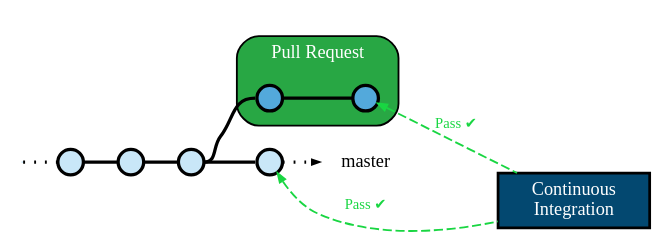
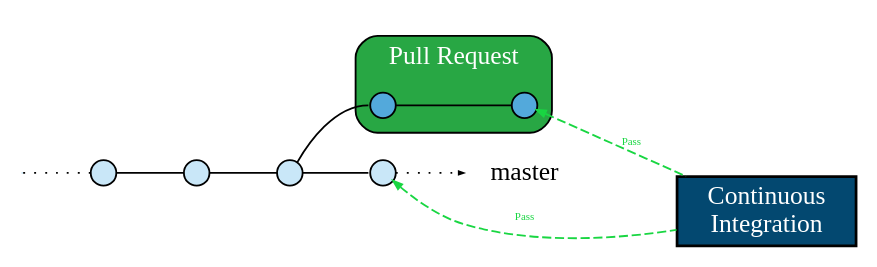
The diagram in docs/source/actions/strict-mode-new-master-pr-ci-pass.dot (Mergifyio/mergify), drawn with Graphviz before and after one commit. The commit also changed 6 other files, not shown here.

First line of the commit message:
docs(merge): clean graphs

```diff
--- a/docs/source/actions/strict-mode-new-master-pr-ci-pass.dot
+++ b/docs/source/actions/strict-mode-new-master-pr-ci-pass.dot
@@ -1,67 +1,63 @@
 strict digraph g {
     rankdir="LR";
-    nodesep=0.25;
-    ranksep=0.25;
     forcelabels=false;
     newrank=false;
-    fontname="Inconsolata Regular";
-    fontsize="10pt";
 
     // general
-    node [style=filled, color="black", fontcolor="black", fontsize="10pt", fontname="Inconsolata Regular"];
-    edge [color="black", arrowhead=none, penwidth=1.8, fontname="Inconsolata Regular"];
+    node [style=filled, color="black", fontcolor="black"];
+    edge [color="black", arrowhead=none];
 
     // graph
-    node [width=0.2, height=0.2, fixedsize=true, label="", shape=circle, penwidth=1.8, fillcolor="#FF0000"]
+    node [width=0.2, height=0.2, fixedsize=true, label="", shape=circle, fillcolor="#FF0000"]
 
 
     subgraph master {
         node [group="master", fillcolor="#C9E7F8"];
         ms;
         m0;
         m1;
         m2;
         me;
 
         ms:e -> m0:w [style=dotted, arrowhead=none];
         m0:e -> m1:w;
         m1:e -> m2:w;
         m2:e -> m2bis:w;
         m2bis:e -> me:w [style=dotted, arrowhead=normal, arrowsize=0.25];
     }
 
     subgraph {
         rank=min;
         ms [width=0, height=0, penwidth=0];
     }
 
     subgraph {
         rank=sink;
         me [label="master", shape=none, fixedsize=false, fillcolor=none, fontcolor=black];
     }
 
     subgraph pr {
         subgraph cluster_pr {
             subgraph {
                 rank=same;
                 pr11 [group="pr", fillcolor="#53A9DB"];
             }
             label="Pull Request";
             style="rounded,filled";
             fillcolor="#28A744";
             fontcolor="white";
             pr12 [group="pr", fillcolor="#53A9DB"];
             pr11 -> pr12;
         }
     }
 
-    m2:e -> pr11:w;
+    m2 -> pr11:w;
 
     subgraph ci {
         // CI connections
         ci [label="Continuous\nIntegration", fixedsize=false, shape="box", style="filled", fillcolor="#034870", fontcolor=white, penwidth=1.5]
-        edge [arrowhead=none, style=dashed, arrowsize=0.5, arrowtail=normal, color="#19d642", dir=both, penwidth=1, label="Pass ✔", fontcolor="#19d642", fontsize="8pt"];
+        edge [arrowhead=none, style=dashed, arrowsize=0.5, arrowtail=normal, color="#19d642", dir=both, penwidth=1, label="Pass", fontcolor="#19d642", fontsize="6pt"];
         pr12 -> ci;
         m2bis -> ci;
     }
 }
```
